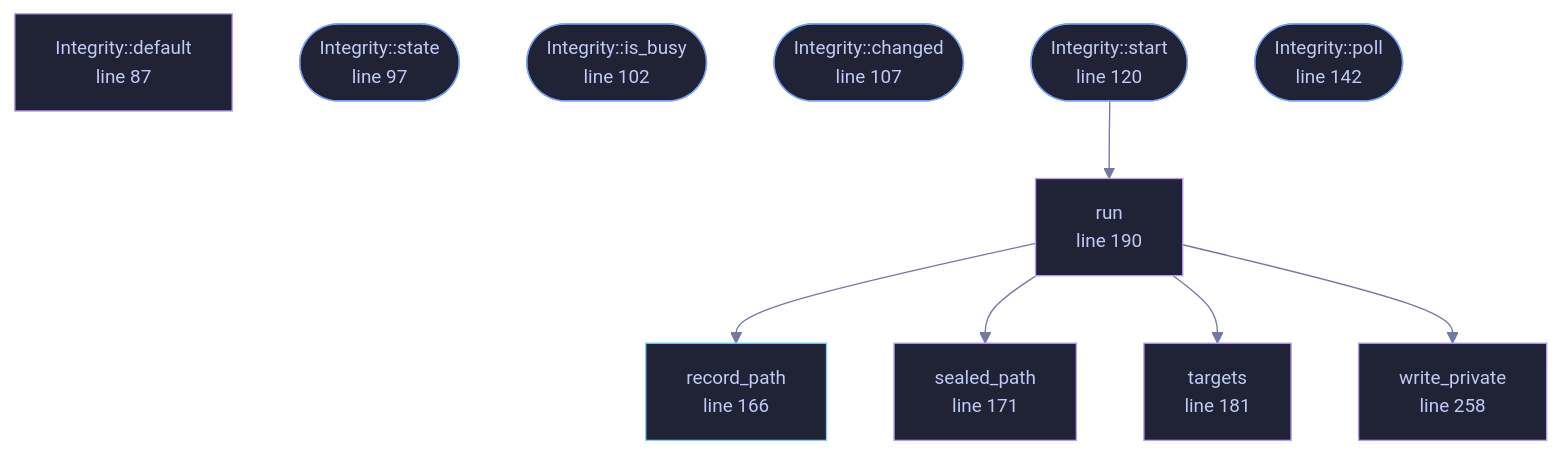
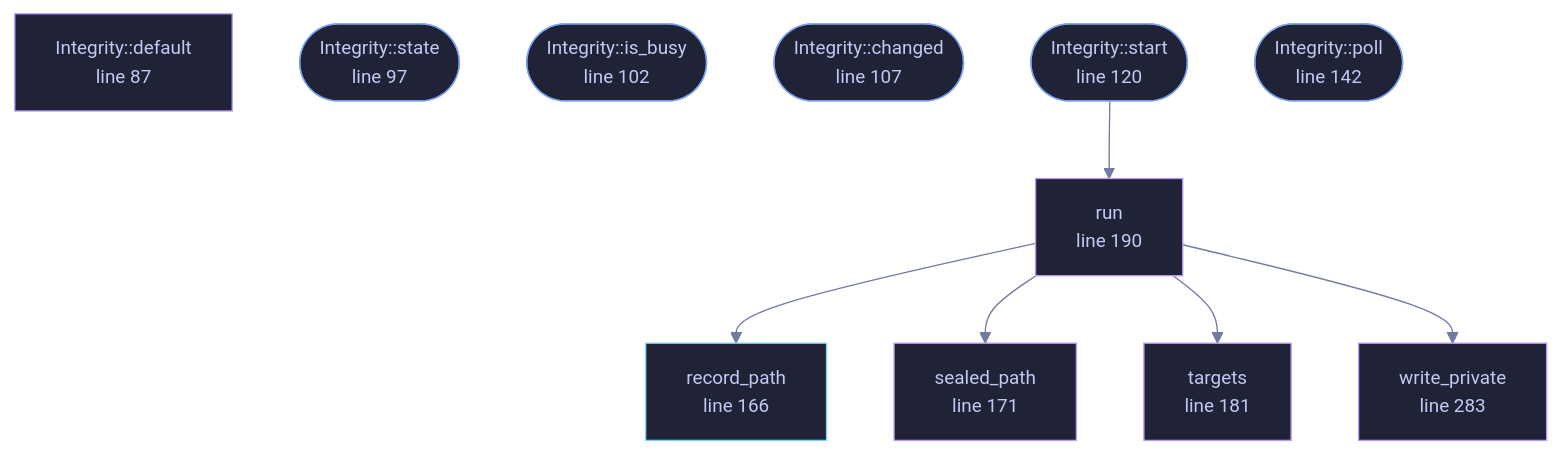
Before and after one commit to tilas01/veilvoice: the diagram in docs/files/veilvoice-gui/integrity.md, drawn with Mermaid. The commit also changed other lines of this file and 58 other files, not shown here.

````diff
--- a/docs/files/veilvoice-gui/integrity.md
+++ b/docs/files/veilvoice-gui/integrity.md
@@ -109,37 +109,37 @@
 ```mermaid
 %%{init: {"theme":"base","themeVariables":{"background":"#1a1b26","primaryColor":"#1f2335","primaryTextColor":"#c0caf5","primaryBorderColor":"#7aa2f7","secondaryColor":"#16161e","tertiaryColor":"#16161e","lineColor":"#737aa2","textColor":"#c0caf5","mainBkg":"#1f2335","nodeBorder":"#7aa2f7","clusterBkg":"#16161e","clusterBorder":"#2f3549","fontFamily":"ui-monospace, SFMono-Regular, Consolas, monospace","fontSize":"14px"}}}%%
 flowchart TD
     n_default["Integrity::default<br/>line 87"]
     n_state(["Integrity::state<br/>line 97"])
     n_is_busy(["Integrity::is_busy<br/>line 102"])
     n_changed(["Integrity::changed<br/>line 107"])
     n_start(["Integrity::start<br/>line 120"])
     n_poll(["Integrity::poll<br/>line 142"])
     n_record_path["record_path<br/>line 166"]
     n_sealed_path["sealed_path<br/>line 171"]
     n_targets["targets<br/>line 181"]
     n_run["run<br/>line 190"]
-    n_write_private["write_private<br/>line 258"]
+    n_write_private["write_private<br/>line 283"]
     n_run --> n_record_path
     n_run --> n_sealed_path
     n_run --> n_targets
     n_run --> n_write_private
     n_start --> n_run
     click n_default href "https://github.com/tilas01/veilvoice/blob/main/crates/veilvoice-gui/src/integrity.rs#L87" "open the source"
     click n_state href "https://github.com/tilas01/veilvoice/blob/main/crates/veilvoice-gui/src/integrity.rs#L97" "open the source"
     click n_is_busy href "https://github.com/tilas01/veilvoice/blob/main/crates/veilvoice-gui/src/integrity.rs#L102" "open the source"
     click n_changed href "https://github.com/tilas01/veilvoice/blob/main/crates/veilvoice-gui/src/integrity.rs#L107" "open the source"
     click n_start href "https://github.com/tilas01/veilvoice/blob/main/crates/veilvoice-gui/src/integrity.rs#L120" "open the source"
     click n_poll href "https://github.com/tilas01/veilvoice/blob/main/crates/veilvoice-gui/src/integrity.rs#L142" "open the source"
     click n_record_path href "https://github.com/tilas01/veilvoice/blob/main/crates/veilvoice-gui/src/integrity.rs#L166" "open the source"
     click n_sealed_path href "https://github.com/tilas01/veilvoice/blob/main/crates/veilvoice-gui/src/integrity.rs#L171" "open the source"
     click n_targets href "https://github.com/tilas01/veilvoice/blob/main/crates/veilvoice-gui/src/integrity.rs#L181" "open the source"
     click n_run href "https://github.com/tilas01/veilvoice/blob/main/crates/veilvoice-gui/src/integrity.rs#L190" "open the source"
-    click n_write_private href "https://github.com/tilas01/veilvoice/blob/main/crates/veilvoice-gui/src/integrity.rs#L258" "open the source"
+    click n_write_private href "https://github.com/tilas01/veilvoice/blob/main/crates/veilvoice-gui/src/integrity.rs#L283" "open the source"
     classDef entry fill:#1f2335,stroke:#7aa2f7,color:#c0caf5
     class n_state,n_is_busy,n_changed,n_start,n_poll entry
     classDef api fill:#1f2335,stroke:#7dcfff,color:#c0caf5
     class n_record_path api
     classDef helper fill:#1f2335,stroke:#bb9af7,color:#c0caf5
     class n_default,n_sealed_path,n_targets,n_run,n_write_private helper
 ```
````
